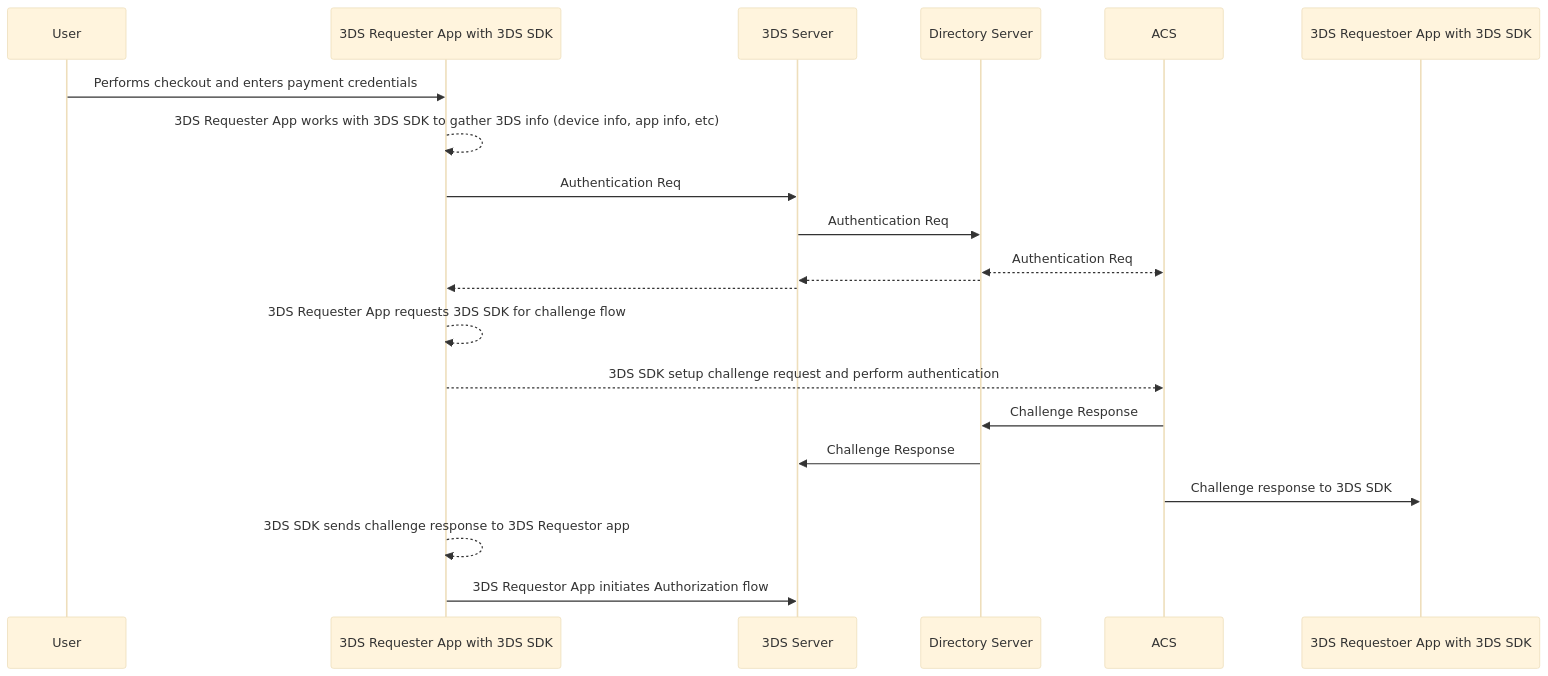
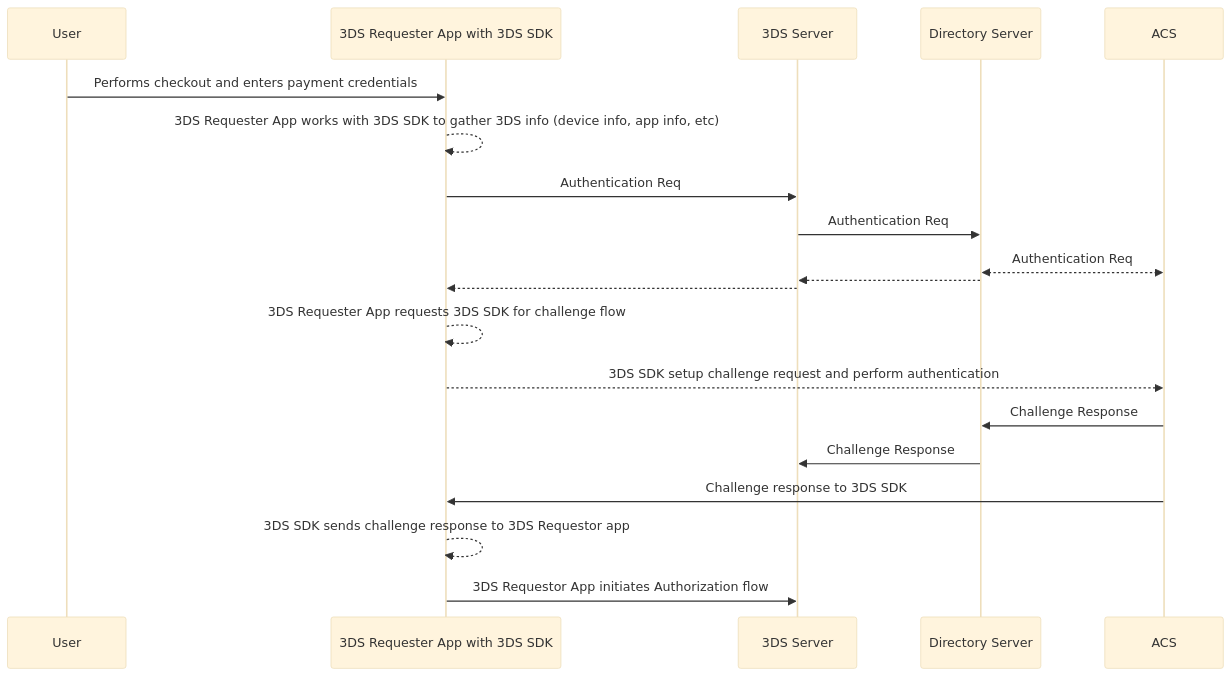
The second of 3 diagrams in digital-payments/3DS2.md (maulikdave-fh/notes), drawn with Mermaid (base theme) before and after one commit.

Commit message:
correct typo

````diff
--- a/digital-payments/3DS2.md
+++ b/digital-payments/3DS2.md
@@ -67,17 +67,17 @@
 ```mermaid
   sequenceDiagram
     User ->> 3DS Requester App with 3DS SDK: Performs checkout and enters payment credentials
     3DS Requester App with 3DS SDK -->> 3DS Requester App with 3DS SDK: 3DS Requester App works with 3DS SDK to gather 3DS info (device info, app info, etc)
     3DS Requester App with 3DS SDK ->> 3DS Server: Authentication Req
     3DS Server ->> Directory Server: Authentication Req
     Directory Server <<-->> ACS: Authentication Req
     Directory Server -->> 3DS Server:  
     3DS Server -->> 3DS Requester App with 3DS SDK:  
     3DS Requester App with 3DS SDK -->> 3DS Requester App with 3DS SDK: 3DS Requester App requests 3DS SDK for challenge flow
     3DS Requester App with 3DS SDK -->> ACS: 3DS SDK setup challenge request and perform authentication
     ACS ->> Directory Server: Challenge Response
     Directory Server ->> 3DS Server: Challenge Response
-    ACS ->> 3DS Requestoer App with 3DS SDK: Challenge response to 3DS SDK
+    ACS ->> 3DS Requester App with 3DS SDK: Challenge response to 3DS SDK
     3DS Requester App with 3DS SDK -->> 3DS Requester App with 3DS SDK: 3DS SDK sends challenge response to 3DS Requestor app
     3DS Requester App with 3DS SDK ->> 3DS Server: 3DS Requestor App initiates Authorization flow     
 ```
````
